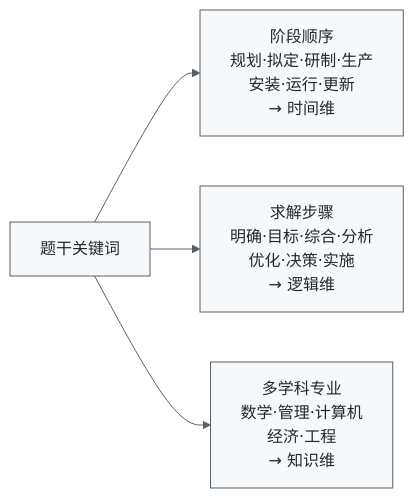
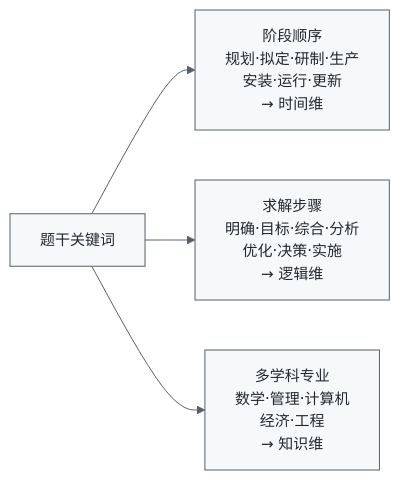
Before and after one commit to 74262195/system-architect-notes: the seventh of 7 diagrams in 01_综合知识/02_系统工程与信息系统基础/02_系统工程方法/霍尔三维结构.md, drawn with Mermaid. The commit also changed other lines of this file and 2 other files, not shown here.

Commit message:
fix: 调整 Mermaid 为紧凑横向布局

````diff
--- a/01_综合知识/02_系统工程与信息系统基础/02_系统工程方法/霍尔三维结构.md
+++ b/01_综合知识/02_系统工程与信息系统基础/02_系统工程方法/霍尔三维结构.md
@@ -582,7 +557,7 @@
 ```mermaid
-%%{init: {"theme":"base","themeVariables":{"fontSize":"16px","primaryColor":"#f6f8fa","primaryTextColor":"#24292f","primaryBorderColor":"#57606a","lineColor":"#57606a","secondaryColor":"#ffffff","tertiaryColor":"#ffffff","edgeLabelBackground":"#ffffff"}}}%%
+%%{init: {"theme":"base","themeVariables":{"fontSize":"15px","primaryColor":"#f6f8fa","primaryTextColor":"#24292f","primaryBorderColor":"#57606a","lineColor":"#57606a","secondaryColor":"#ffffff","tertiaryColor":"#ffffff","edgeLabelBackground":"#ffffff"}}}%%
 flowchart LR
     Q["题干关键词"] --> T["阶段顺序<br/>规划·拟定·研制·生产<br/>安装·运行·更新<br/>→ 时间维"]
     Q --> L["求解步骤<br/>明确·目标·综合·分析<br/>优化·决策·实施<br/>→ 逻辑维"]
     Q --> K["多学科专业<br/>数学·管理·计算机<br/>经济·工程<br/>→ 知识维"]
 ```
````
